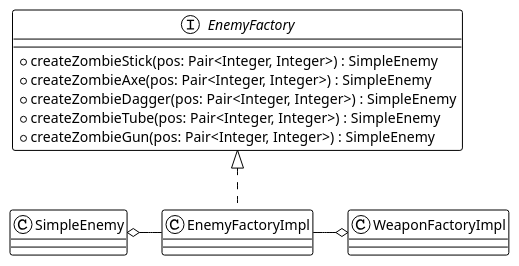
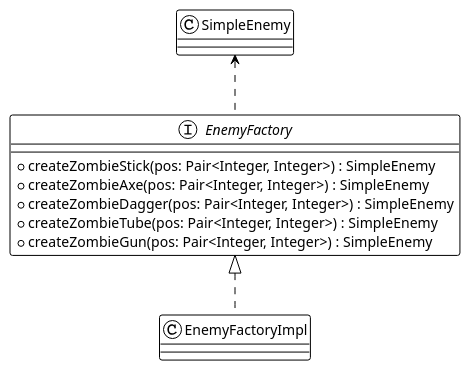
The first of 2 diagrams in plantuml/EnemyWeapon.plantuml (CrazyPingu/OOP21-MAP), drawn with PlantUML before and after one commit. The commit also changed other lines of this file and 2 other files, not shown here.

Commit message:
update uml

```diff
--- a/plantuml/EnemyWeapon.plantuml
+++ b/plantuml/EnemyWeapon.plantuml
@@ -1,13 +1,12 @@
 @startuml Enemy
 !theme plain
 interface EnemyFactory {
     + createZombieStick(pos: Pair<Integer, Integer>) : SimpleEnemy
     + createZombieAxe(pos: Pair<Integer, Integer>) : SimpleEnemy
     + createZombieDagger(pos: Pair<Integer, Integer>) : SimpleEnemy
     + createZombieTube(pos: Pair<Integer, Integer>) : SimpleEnemy
     + createZombieGun(pos: Pair<Integer, Integer>) : SimpleEnemy
 }
 class EnemyFactoryImpl implements EnemyFactory
-EnemyFactoryImpl -o WeaponFactoryImpl
-EnemyFactoryImpl -L-o SimpleEnemy
+EnemyFactory .up.> SimpleEnemy
 @enduml
```
